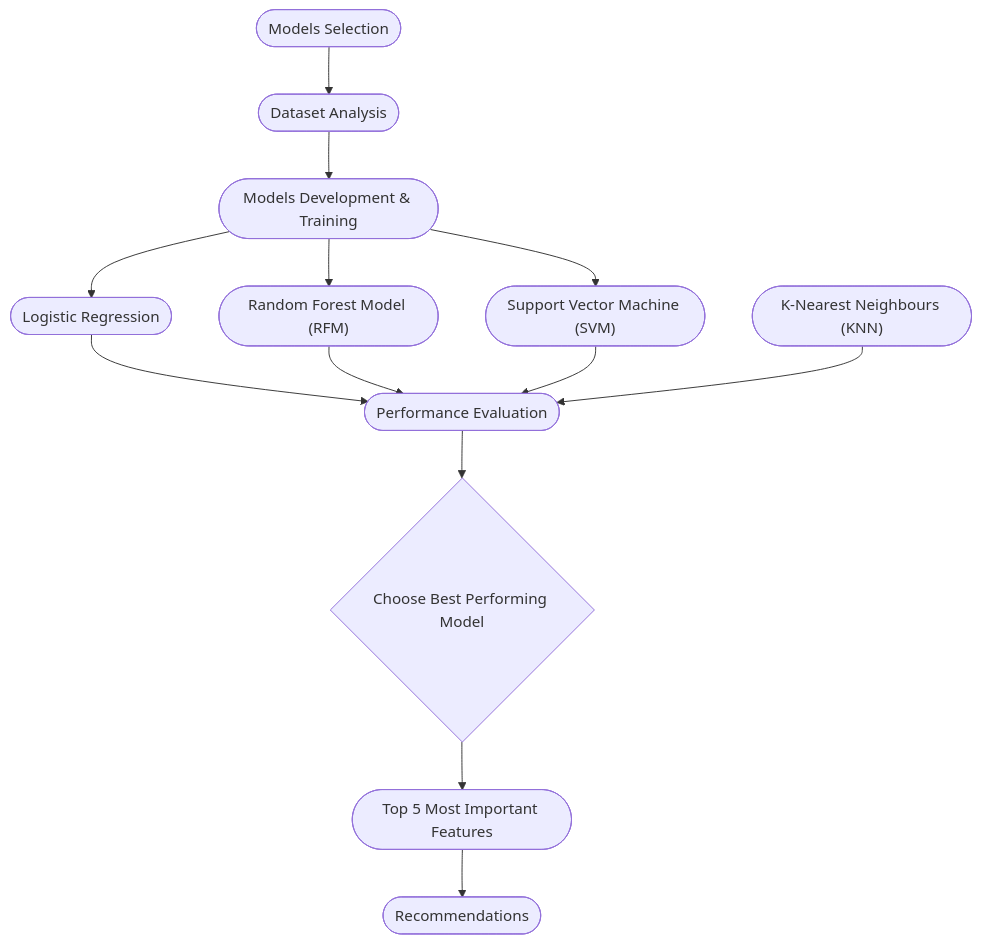
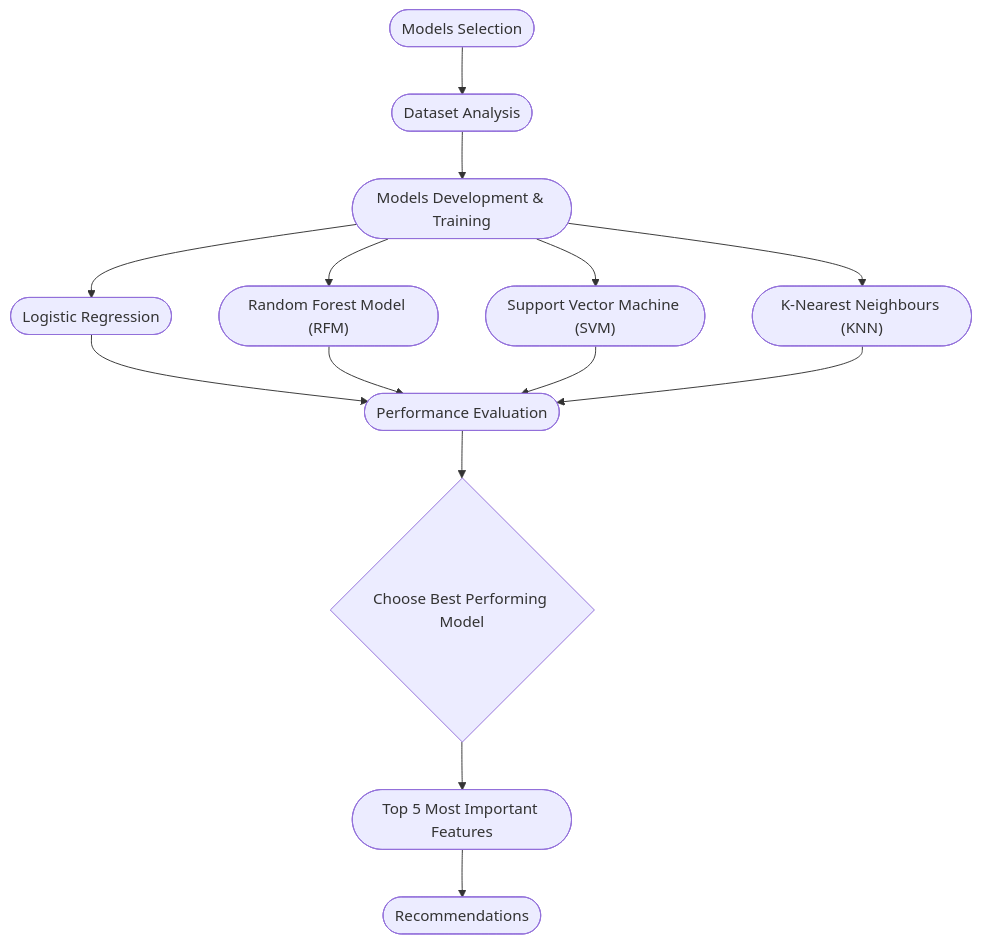
The diagram in README.md (omaralfaqih6/breast_cancer_wisconsin), drawn with Mermaid before and after one commit. The commit also changed other lines of this file, not shown here.

Commit message:
Add KNN to graph

````diff
--- a/README.md
+++ b/README.md
@@ -45,23 +45,24 @@
 ```mermaid
 graph TD;
     A(["Models Selection"]);
     B(["Dataset Analysis"]);
     C(["Models Development & Training"]);
     D(["Logistic Regression"]);
     E(["Random Forest Model (RFM)"]);
     F(["Support Vector Machine (SVM)"]);
     G(["K-Nearest Neighbours (KNN)"]);
     H(["Performance Evaluation"]);
     A-->B;
     B-->C;
     C-->D;
     C-->E;
     C-->F;
+    C-->G;
     D-->H;    
     E-->H;
     F-->H;
     G-->H;
     H-->I{"Choose Best Performing Model"};
     I-->J(["Top 5 Most Important Features"]);
     J-->K(["Recommendations"]);
 ```
````
